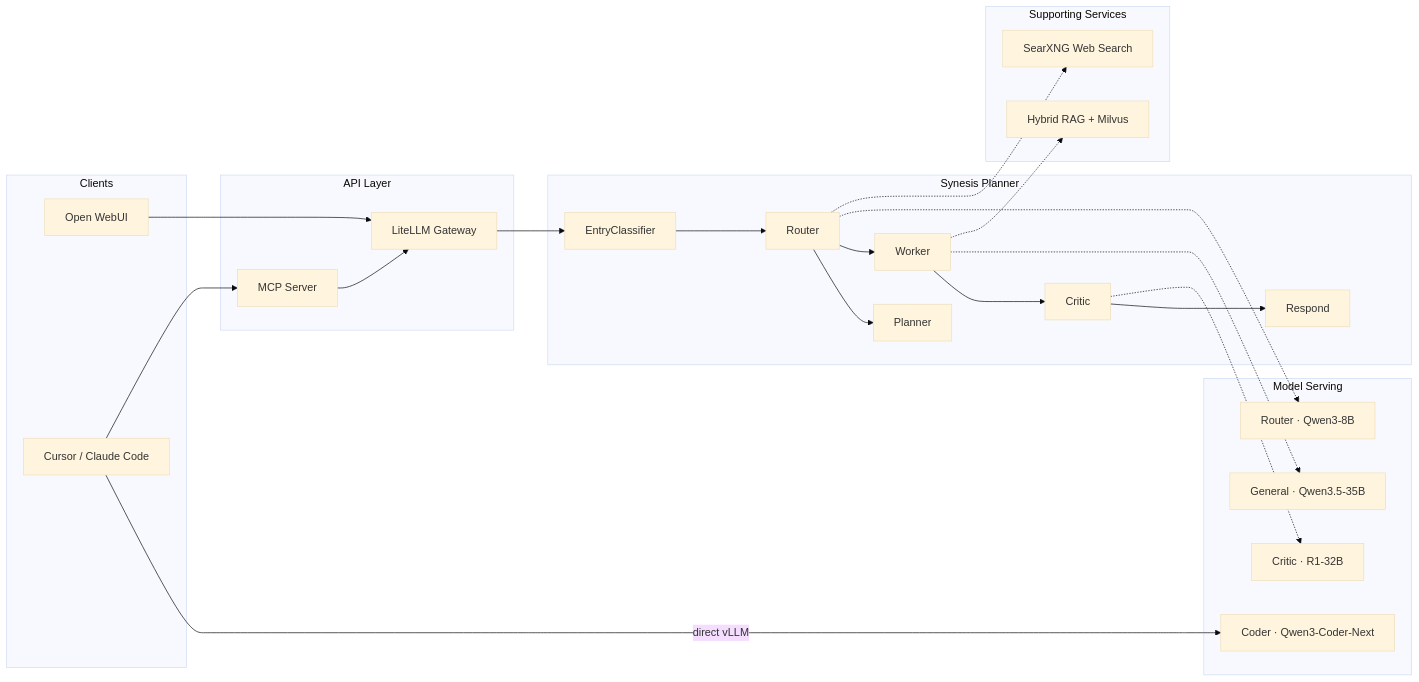
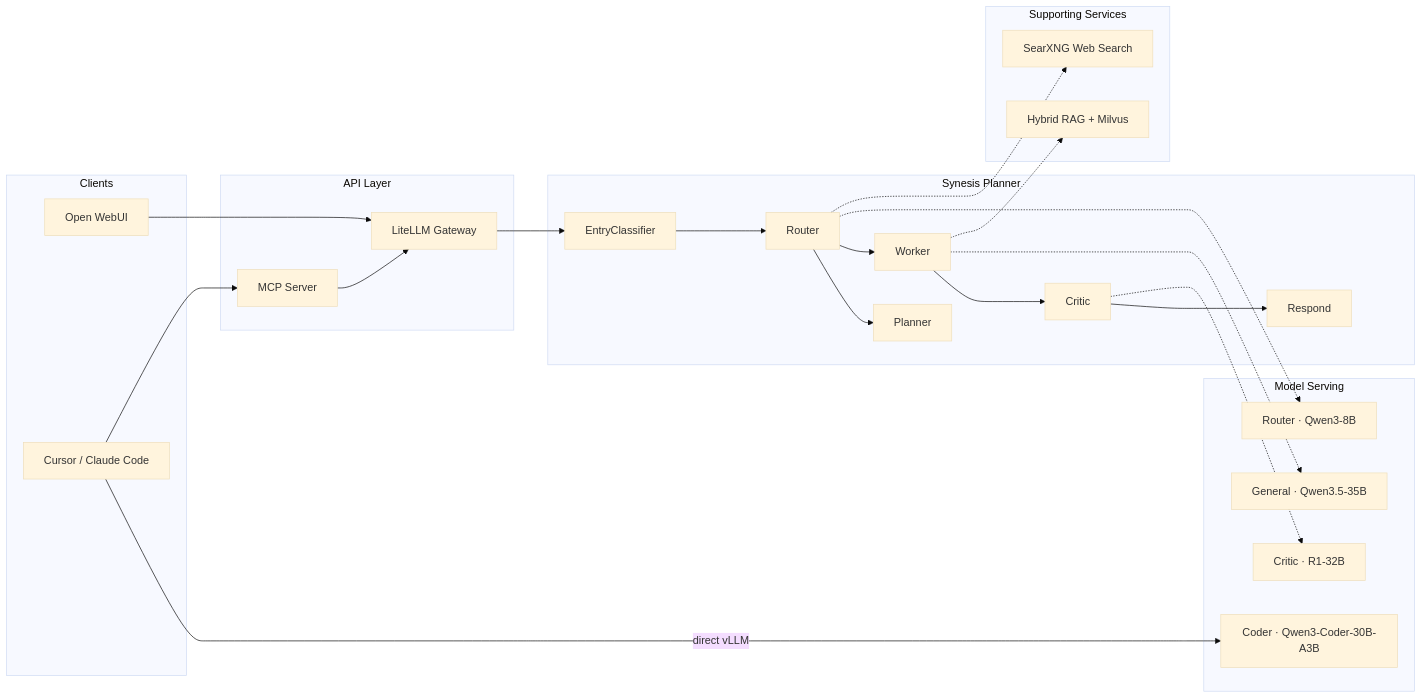
Before and after one commit to supernovae/synesis: the diagram in README.md, drawn with Mermaid (base theme). The commit also changed other lines of this file and 15 other files, not shown here.

````diff
--- a/README.md
+++ b/README.md
@@ -17,49 +17,49 @@
 ```mermaid
 flowchart LR
     subgraph clients [Clients]
         WebUI[Open WebUI]
         IDE[Cursor / Claude Code]
     end
 
     subgraph gateway [API Layer]
         LiteLLM[LiteLLM Gateway]
         MCPSrv[MCP Server]
     end
 
     subgraph planner [Synesis Planner]
         Entry[EntryClassifier]
         RouterNode[Router]
         PlannerNode[Planner]
         WorkerNode[Worker]
         CriticNode[Critic]
         RespondNode[Respond]
     end
 
     subgraph models [Model Serving]
         RouterLLM["Router · Qwen3-8B"]
         GeneralLLM["General · Qwen3.5-35B"]
-        CoderLLM["Coder · Qwen3-Coder-Next"]
+        CoderLLM["Coder · Qwen3-Coder-30B-A3B"]
         CriticLLM["Critic · R1-32B"]
     end
 
     subgraph support [Supporting Services]
         RAGSvc[Hybrid RAG + Milvus]
         SearchSvc[SearXNG Web Search]
     end
 
     WebUI --> LiteLLM
     IDE -->|direct vLLM| CoderLLM
     IDE --> MCPSrv
     MCPSrv --> LiteLLM
     LiteLLM --> Entry
     Entry --> RouterNode
     RouterNode --> PlannerNode
     RouterNode --> WorkerNode
     WorkerNode --> CriticNode
     CriticNode --> RespondNode
     RouterNode -.-> RouterLLM
     WorkerNode -.-> GeneralLLM
     CriticNode -.-> CriticLLM
     WorkerNode -.-> RAGSvc
     RouterNode -.-> SearchSvc
 ```
````
